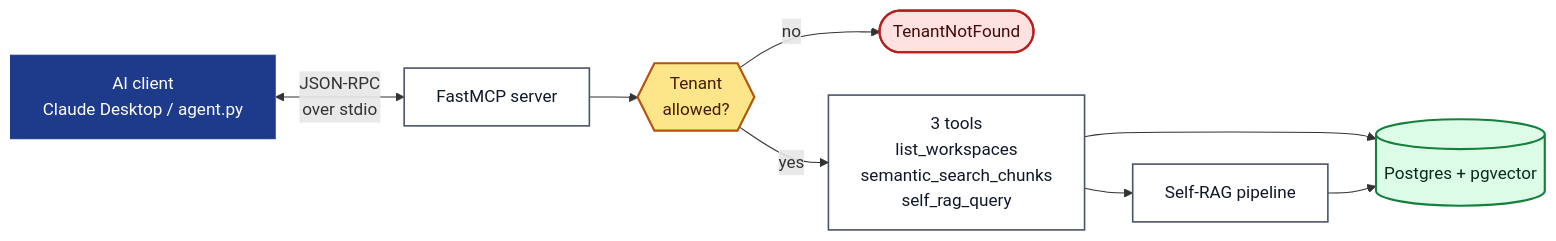
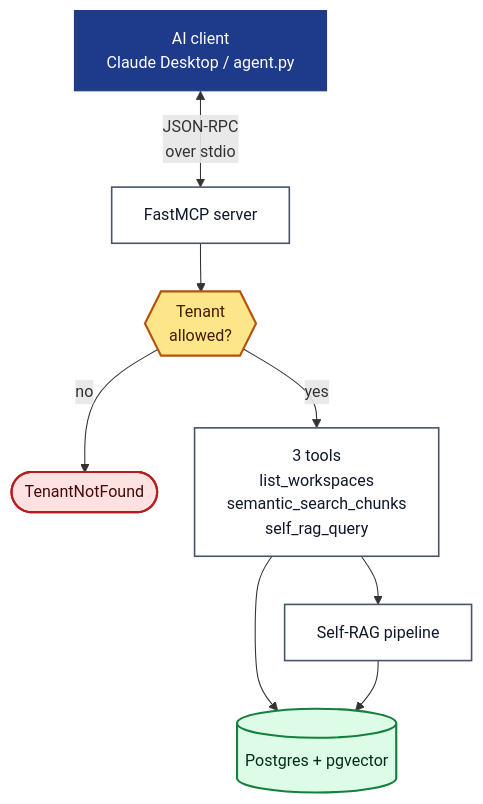
One commit to Devisri-B/Multi-Tenant-SaaS-Platform-with-an-AI-Product-Assistant changed the diagram in backend/app/mcp/README.md. Above: the diagram before and after it, drawn with Mermaid. The commit also changed 1 other file, not shown here.

Commit message:
architectures added

````diff
--- a/backend/app/mcp/README.md
+++ b/backend/app/mcp/README.md
@@ -9,22 +9,23 @@
 ```mermaid
-%%{init: {"flowchart": {"nodeSpacing": 40, "rankSpacing": 45, "curve": "basis"}, "themeVariables": {"fontSize": "16px"}}}%%
-flowchart LR
-    C["AI client<br/>Claude Desktop / agent.py"] <-- "JSON-RPC<br/>over stdio" --> S["FastMCP server"]
+%%{init: {"flowchart": {"nodeSpacing": 35, "rankSpacing": 45, "curve": "basis"}, "themeVariables": {"fontSize": "15px"}}}%%
+flowchart TB
+    C["AI client<br/>Claude Desktop / agent.py"]
+    C <-->|"JSON-RPC<br/>over stdio"| S["FastMCP server"]
     S --> G{{"Tenant<br/>allowed?"}}
-    G -- no --> E(["TenantNotFound"])
-    G -- yes --> T["3 tools<br/>list_workspaces<br/>semantic_search_chunks<br/>self_rag_query"]
+    G -- "no" --> E(["TenantNotFound"])
+    G -- "yes" --> T["3 tools<br/>list_workspaces<br/>semantic_search_chunks<br/>self_rag_query"]
     T --> P["Self-RAG pipeline"]
     T --> DB[("Postgres + pgvector")]
     P --> DB
 
     classDef io fill:#1e3a8a,stroke:#1e3a8a,color:#ffffff
     classDef step fill:#ffffff,stroke:#475569,color:#0f172a,stroke-width:1.5px
     classDef guard fill:#fde68a,stroke:#b45309,color:#451a03,stroke-width:2px
     classDef bad fill:#fee2e2,stroke:#b91c1c,color:#450a0a,stroke-width:2px
     classDef data fill:#dcfce7,stroke:#15803d,color:#052e16,stroke-width:2px
     class C io
     class S,T,P step
     class G guard
     class E bad
     class DB data
 ```
````
